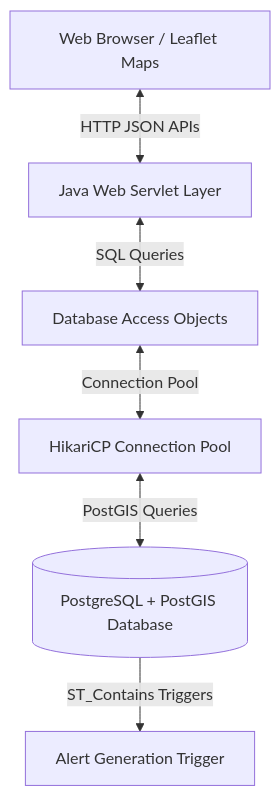
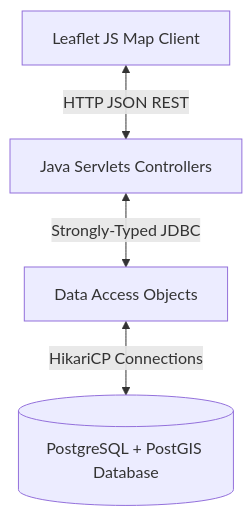
The diagram in README.md (Mahendra7073/Defence-Asset-Tracking-Geofencing-System), drawn with Mermaid before and after one commit. The commit also changed other lines of this file and 12 other files, not shown here.

````diff
--- a/README.md
+++ b/README.md
@@ -16,8 +69,6 @@
 ```mermaid
 graph TD
-    Client[Web Browser / Leaflet Maps] <-->|HTTP JSON APIs| Servlet[Java Web Servlet Layer]
-    Servlet <-->|SQL Queries| DAO[Database Access Objects]
-    DAO <-->|Connection Pool| HikariCP[HikariCP Connection Pool]
-    HikariCP <-->|PostGIS Queries| DB[(PostgreSQL + PostGIS Database)]
-    DB -->|ST_Contains Triggers| AlertService[Alert Generation Trigger]
+    Client[Leaflet JS Map Client] <-->|HTTP JSON REST| Servlet[Java Servlets Controllers]
+    Servlet <-->|Strongly-Typed JDBC| DAO[Data Access Objects]
+    DAO <-->|HikariCP Connections| DB[(PostgreSQL + PostGIS Database)]
 ```
````
